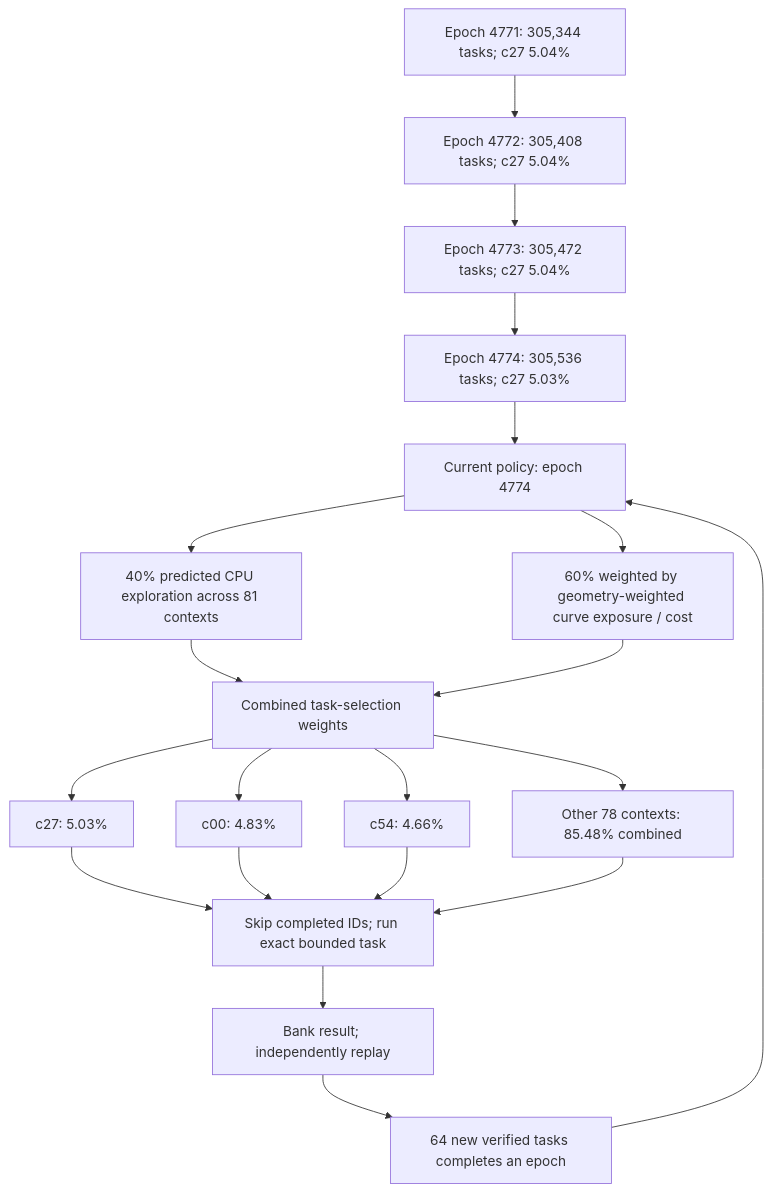
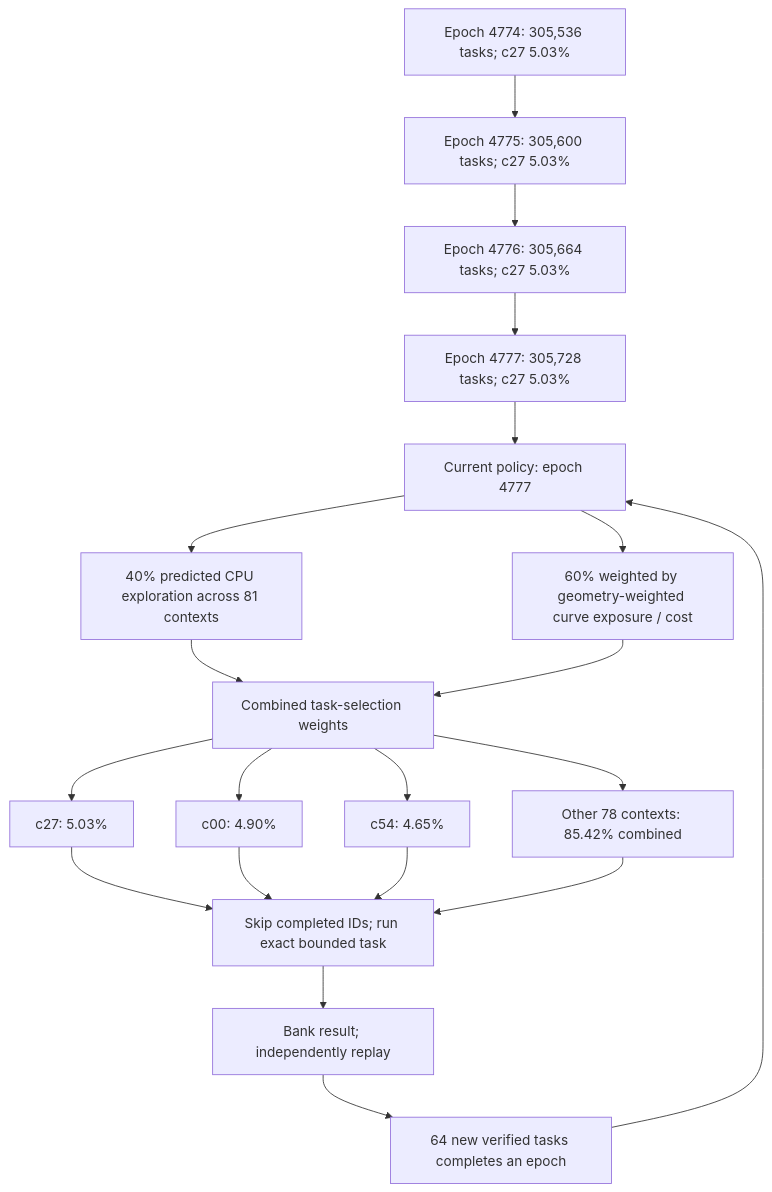
One commit to Kuberwastaken/math-gambling changed the first of 3 diagrams in README.md. Above: the diagram before and after it, drawn with Mermaid. The commit also changed other lines of this file and 461 other files, not shown here.

````diff
--- a/README.md
+++ b/README.md
@@ -60,27 +60,27 @@
 ```mermaid
 flowchart TD
-    H0["Epoch 4771: 305,344 tasks; c27 5.04%"]
-    H1["Epoch 4772: 305,408 tasks; c27 5.04%"]
+    H0["Epoch 4774: 305,536 tasks; c27 5.03%"]
+    H1["Epoch 4775: 305,600 tasks; c27 5.03%"]
     H0 --> H1
-    H2["Epoch 4773: 305,472 tasks; c27 5.04%"]
+    H2["Epoch 4776: 305,664 tasks; c27 5.03%"]
     H1 --> H2
-    H3["Epoch 4774: 305,536 tasks; c27 5.03%"]
+    H3["Epoch 4777: 305,728 tasks; c27 5.03%"]
     H2 --> H3
-    Policy["Current policy: epoch 4774"]
+    Policy["Current policy: epoch 4777"]
     H3 --> Policy
     Policy --> Explore["40% predicted CPU exploration across 81 contexts"]
     Policy --> Cost["60% weighted by geometry-weighted curve exposure / cost"]
     Explore --> Mix["Combined task-selection weights"]
     Cost --> Mix
     Mix --> C0["c27: 5.03%"]
-    Mix --> C1["c00: 4.83%"]
-    Mix --> C2["c54: 4.66%"]
-    Mix --> Rest["Other 78 contexts: 85.48% combined"]
+    Mix --> C1["c00: 4.90%"]
+    Mix --> C2["c54: 4.65%"]
+    Mix --> Rest["Other 78 contexts: 85.42% combined"]
     C0 --> Check["Skip completed IDs; run exact bounded task"]
     C1 --> Check
     C2 --> Check
     Rest --> Check
     Check --> Replay["Bank result; independently replay"]
     Replay --> Gate["64 new verified tasks completes an epoch"]
     Gate --> Policy
 ```
````
